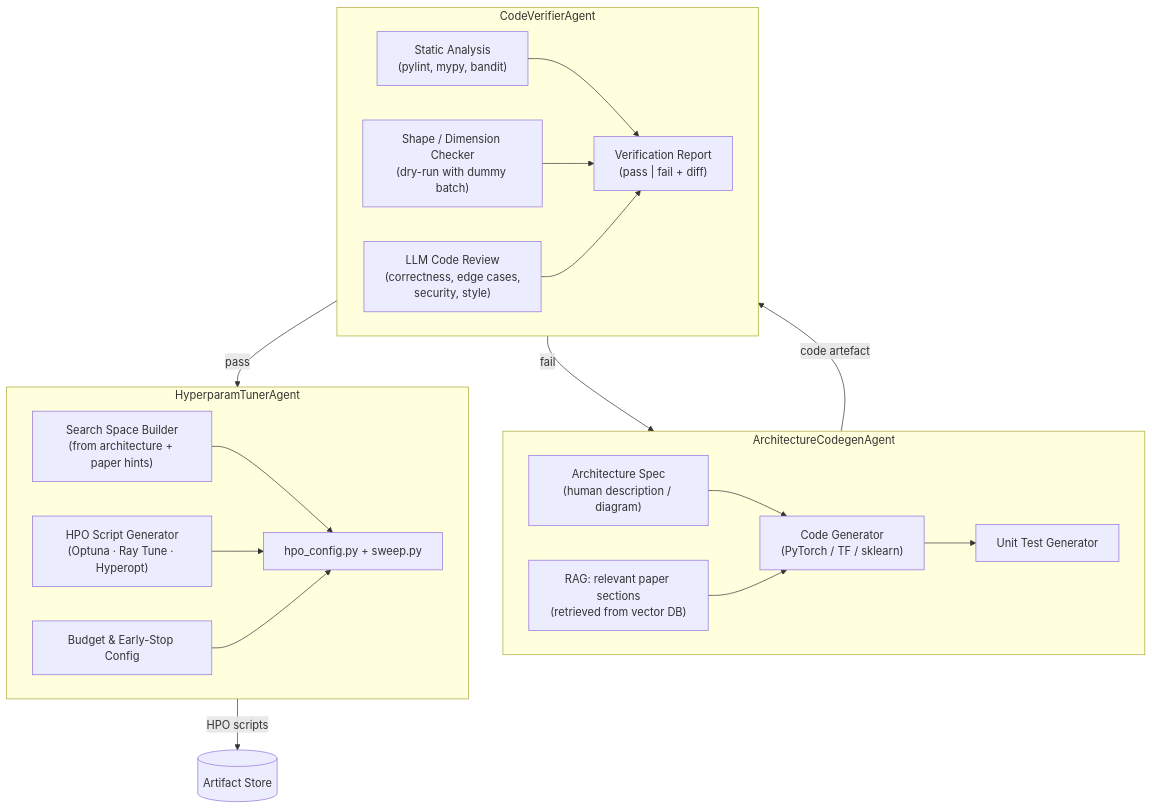
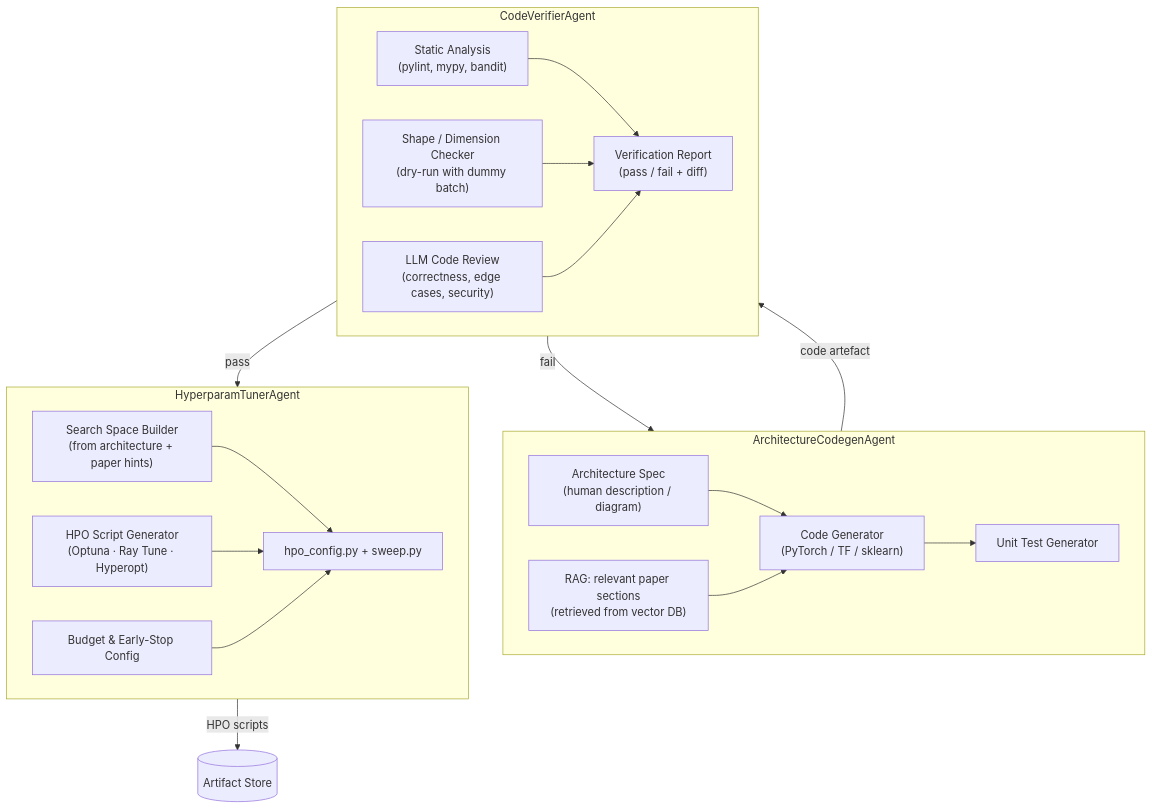
One commit to vegitableoil/my-research-agent changed the third of 8 diagrams in ARCHITECTURE.md. Above: the diagram before and after it, drawn with Mermaid. The commit also changed other lines of this file, not shown here.

First line of the commit message:
Fix Mermaid parse errors in ARCHITECTURE.md

````diff
--- a/ARCHITECTURE.md
+++ b/ARCHITECTURE.md
@@ -151,29 +151,29 @@
 ```mermaid
 flowchart TD
     subgraph ArchitectureCodegenAgent
-        SPEC["Architecture Spec\n(human description / diagram)"]
-        RAG_CTX["RAG: relevant paper sections\n(retrieved from vector DB)"]
-        GEN["Code Generator\n(PyTorch / TF / sklearn)"]
+        SPEC["Architecture Spec<br/>(human description / diagram)"]
+        RAG_CTX["RAG: relevant paper sections<br/>(retrieved from vector DB)"]
+        GEN["Code Generator<br/>(PyTorch / TF / sklearn)"]
         UNIT["Unit Test Generator"]
         SPEC & RAG_CTX --> GEN --> UNIT
     end
 
     subgraph CodeVerifierAgent
-        STATIC["Static Analysis\n(pylint, mypy, bandit)"]
-        SHAPE["Shape / Dimension Checker\n(dry-run with dummy batch)"]
-        REVIEW["LLM Code Review\n(correctness, edge cases,\nsecurity, style)"]
-        STATIC & SHAPE & REVIEW --> VER_OUT["Verification Report\n(pass | fail + diff)"]
+        STATIC["Static Analysis<br/>(pylint, mypy, bandit)"]
+        SHAPE["Shape / Dimension Checker<br/>(dry-run with dummy batch)"]
+        REVIEW["LLM Code Review<br/>(correctness, edge cases, security)"]
+        STATIC & SHAPE & REVIEW --> VER_OUT["Verification Report<br/>(pass / fail + diff)"]
     end
 
     subgraph HyperparamTunerAgent
-        SPACE["Search Space Builder\n(from architecture + paper hints)"]
-        FRAMEWORK["HPO Script Generator\n(Optuna · Ray Tune · Hyperopt)"]
+        SPACE["Search Space Builder<br/>(from architecture + paper hints)"]
+        FRAMEWORK["HPO Script Generator<br/>(Optuna · Ray Tune · Hyperopt)"]
         BUDGET["Budget & Early-Stop Config"]
         SPACE & FRAMEWORK & BUDGET --> HPO_SCRIPT["hpo_config.py + sweep.py"]
     end
 
     ArchitectureCodegenAgent -->|"code artefact"| CodeVerifierAgent
     CodeVerifierAgent -->|"pass"| HyperparamTunerAgent
     CodeVerifierAgent -->|"fail"| ArchitectureCodegenAgent
-    HyperparamTunerAgent -->|"HPO scripts"| ART[(Artifact Store)]
+    HyperparamTunerAgent -->|"HPO scripts"| ART[("Artifact Store")]
 ```
````
